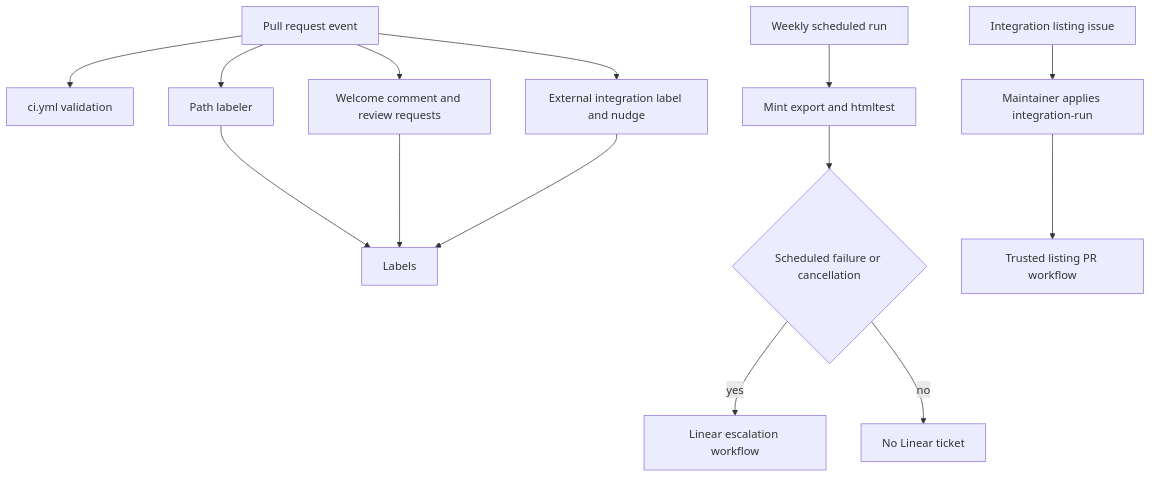
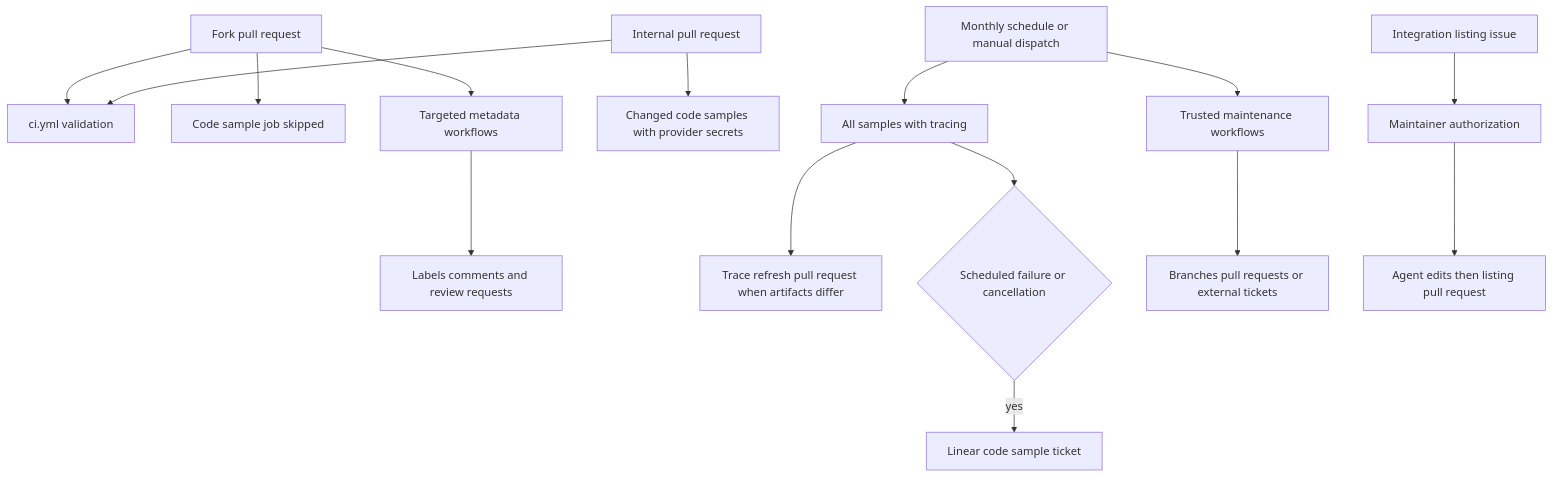
One commit to langchain-ai/docs changed the diagram in openwiki/integrations/github-actions.md. Above: the diagram before and after it, drawn with Mermaid. The commit also changed other lines of this file and 26 other files, not shown here.

````diff
--- a/openwiki/integrations/github-actions.md
+++ b/openwiki/integrations/github-actions.md
@@ -41,16 +53,17 @@
 ```mermaid
 flowchart TD
-  PR["Pull request event"] --> CI["ci.yml validation"]
-  PR --> Labels["Path labeler"]
-  PR --> Welcome["Welcome comment and review requests"]
-  PR --> External["External integration label and nudge"]
-  Labels --> GitHub["Labels"]
-  Welcome --> GitHub
-  External --> GitHub
-  Schedule["Weekly scheduled run"] --> Export["Mint export and htmltest"]
-  Export --> Outcome{"Scheduled failure or cancellation"}
-  Outcome -->|"yes"| Linear["Linear escalation workflow"]
-  Outcome -->|"no"| Done["No Linear ticket"]
-  Issue["Integration listing issue"] --> Gate["Maintainer applies integration-run"]
-  Gate --> Listing["Trusted listing PR workflow"]
+  ForkPR["Fork pull request"] --> CI["ci.yml validation"]
+  ForkPR --> SampleSkip["Code sample job skipped"]
+  ForkPR --> Metadata["Targeted metadata workflows"]
+  Metadata --> GitHubState["Labels comments and review requests"]
+  InternalPR["Internal pull request"] --> CI
+  InternalPR --> Samples["Changed code samples with provider secrets"]
+  Schedule["Monthly schedule or manual dispatch"] --> FullSamples["All samples with tracing"]
+  FullSamples --> TracePR["Trace refresh pull request when artifacts differ"]
+  FullSamples --> SampleOutcome{"Scheduled failure or cancellation"}
+  SampleOutcome -->|"yes"| SampleLinear["Linear code sample ticket"]
+  Schedule --> Maint["Trusted maintenance workflows"]
+  Maint --> WriteState["Branches pull requests or external tickets"]
+  Issue["Integration listing issue"] --> Gate["Maintainer authorization"]
+  Gate --> Listing["Agent edits then listing pull request"]
 ```
````
